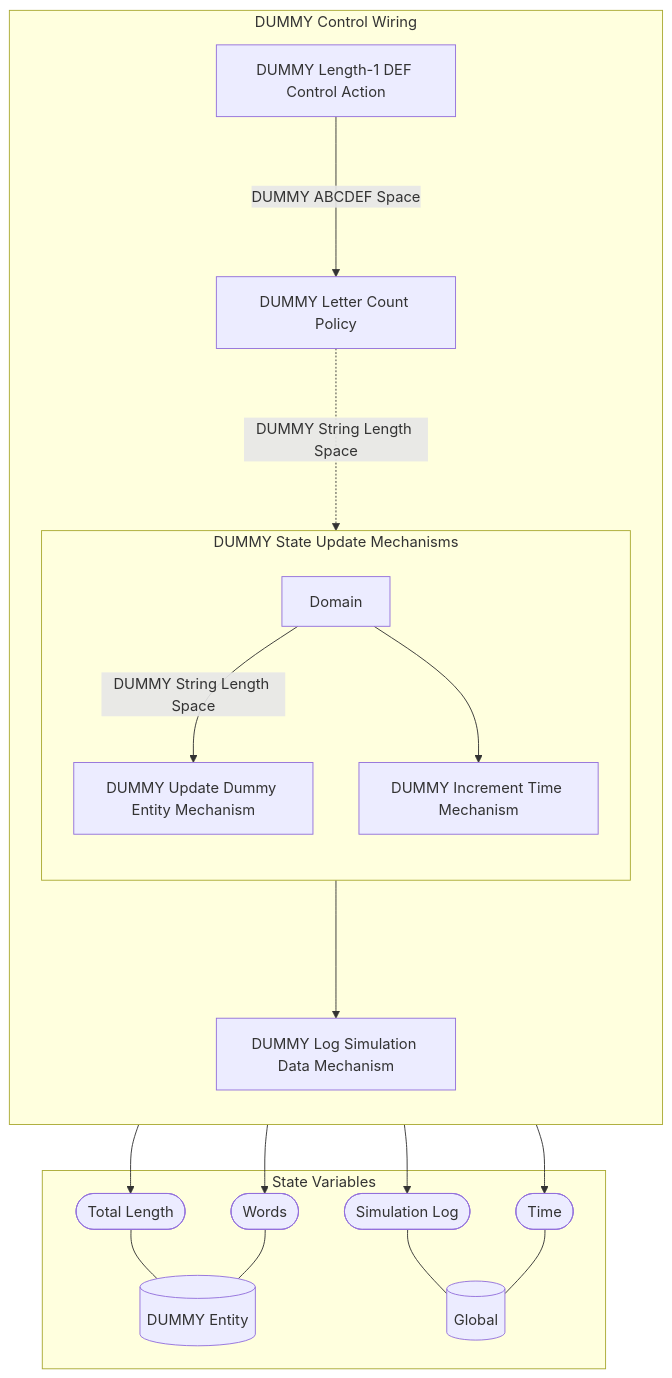
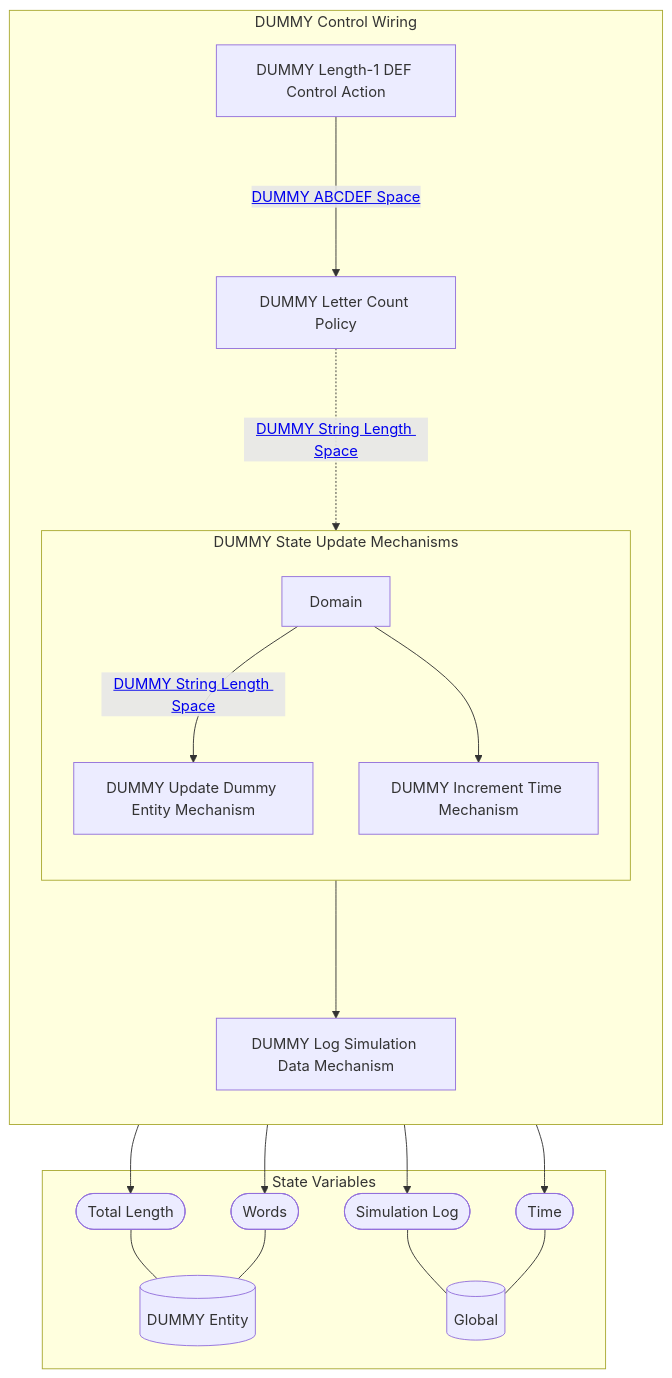
The second of 2 diagrams in reports/obsidian/Wiring/DUMMY Control Wiring.md (BlockScience/Predator-Prey-MSML), drawn with Mermaid before and after one commit. The commit also changed other lines of this file and 48 other files, not shown here.

````diff
--- a/reports/obsidian/Wiring/DUMMY Control Wiring.md
+++ b/reports/obsidian/Wiring/DUMMY Control Wiring.md
@@ -45,50 +45,50 @@
 ```mermaid
 graph TB
 
 subgraph SVS["State Variables"]
 EE0[("DUMMY Entity")]
 EE1[("Global")]
 EES0(["Total Length"])
 EES0 --- EE0
 EES1(["Words"])
 EES1 --- EE0
 EES2(["Simulation Log"])
 EES2 --- EE1
 EES3(["Time"])
 EES3 --- EE1
 end
 
 subgraph X9["DUMMY Control Wiring"]
 direction TB
 X1["DUMMY Length-1 DEF Control Action"]
 X2["DUMMY Letter Count Policy"]
 subgraph X7["DUMMY State Update Mechanisms"]
 direction TB
 X3["DUMMY Update Dummy Entity Mechanism"]
 X3 --> EES1
 X3 --> EES0
 X4["DUMMY Increment Time Mechanism"]
 X4 --> EES3
 X5[Domain]
 
 direction LR
 direction TB
-X5 --"DUMMY String Length Space"--> X3
+X5 --"<a href='DUMMY String Length Space' class=internal-link>DUMMY String Length Space</a>"--> X3
 X5 --> X4
 end
 X8["DUMMY Log Simulation Data Mechanism"]
 X8 --> EES2
-X1--"DUMMY ABCDEF Space"--->X2
-X2-."DUMMY String Length Space"..->X7
+X1--"<a href='DUMMY ABCDEF Space' class=internal-link>DUMMY ABCDEF Space</a>"--->X2
+X2-."<a href='DUMMY String Length Space' class=internal-link>DUMMY String Length Space</a>"..->X7
 X7--->X8
 end
 class X1 internal-link;
 class X2 internal-link;
 class X3 internal-link;
 class X4 internal-link;
 class X6 internal-link;
 class X8 internal-link;
 class EE0 internal-link;
 class EE1 internal-link;
 
 ```
````
